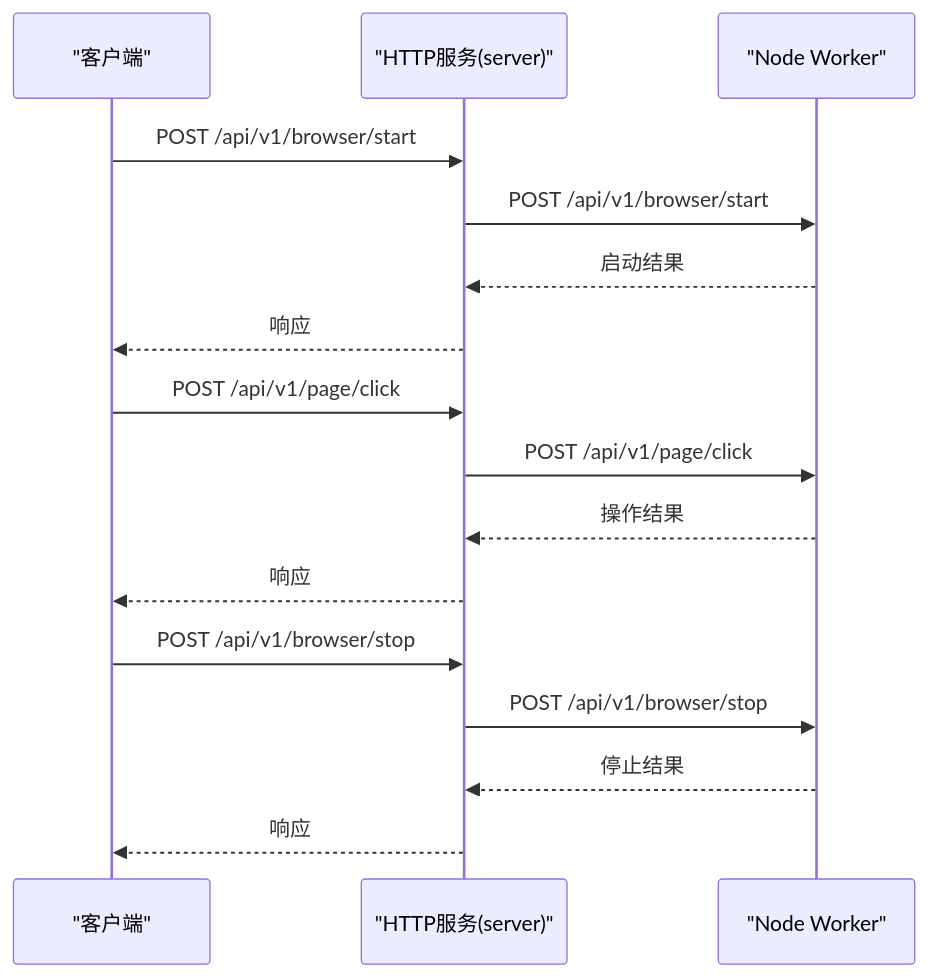
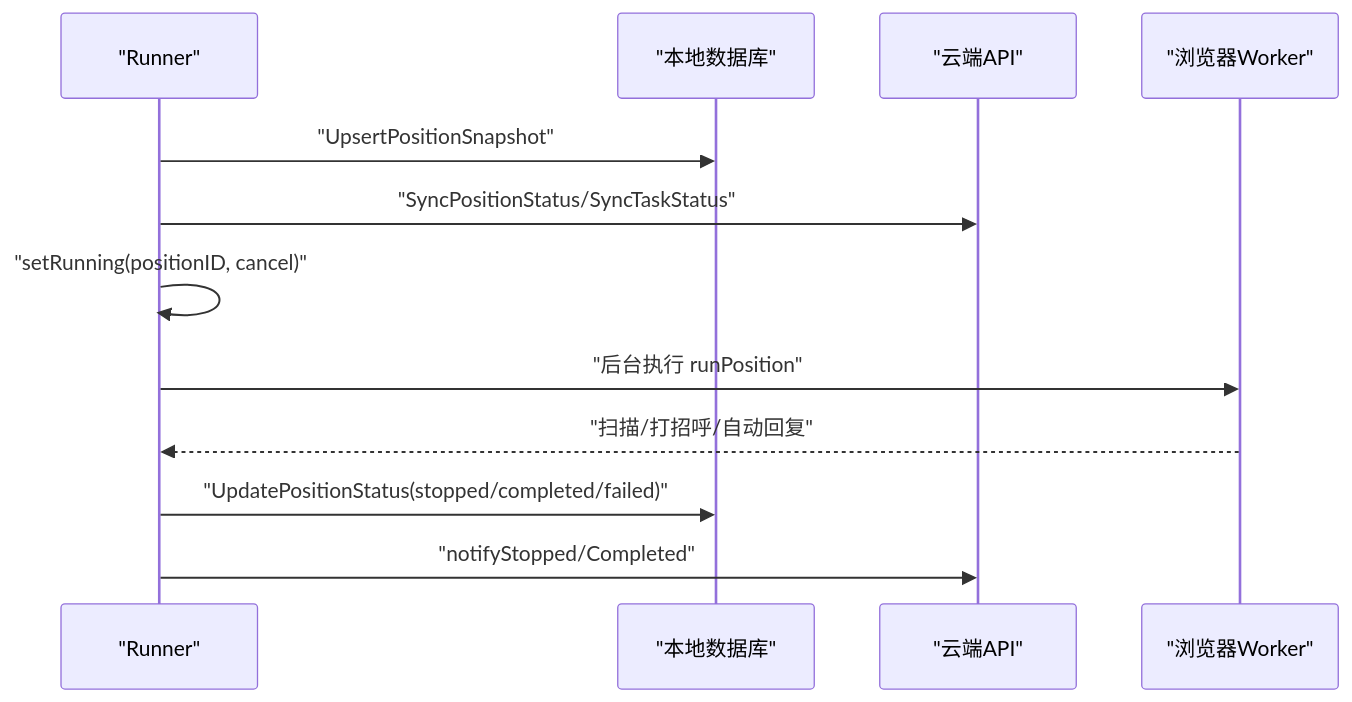
One commit to alvinwangzi/goodhr changed the sixth of 8 diagrams in .qoder/repowiki/zh/content/本地执行器/核心架构/进程控制.md. Above: the diagram before and after it, drawn with Mermaid. The commit also changed other lines of this file and 149 other files, not shown here.

````diff
--- a/.qoder/repowiki/zh/content/本地执行器/核心架构/进程控制.md
+++ b/.qoder/repowiki/zh/content/本地执行器/核心架构/进程控制.md
@@ -240,18 +240,14 @@
 ```mermaid
 sequenceDiagram
-participant Client as "客户端"
-participant Server as "HTTP服务(server)"
-participant Worker as "Node Worker"
-Client->>Server : POST /api/v1/browser/start
-Server->>Worker : POST /api/v1/browser/start
-Worker-->>Server : 启动结果
-Server-->>Client : 响应
-Client->>Server : POST /api/v1/page/click
-Server->>Worker : POST /api/v1/page/click
-Worker-->>Server : 操作结果
-Server-->>Client : 响应
-Client->>Server : POST /api/v1/browser/stop
-Server->>Worker : POST /api/v1/browser/stop
-Worker-->>Server : 停止结果
-Server-->>Client : 响应
+participant Runner as "Runner"
+participant DB as "本地数据库"
+participant Cloud as "云端API"
+participant Browser as "浏览器Worker"
+Runner->>DB : "UpsertPositionSnapshot"
+Runner->>Cloud : "SyncPositionStatus/SyncTaskStatus"
+Runner->>Runner : "setRunning(positionID, cancel)"
+Runner->>Browser : "后台执行 runPosition"
+Browser-->>Runner : "扫描/打招呼/自动回复"
+Runner->>DB : "UpdatePositionStatus(stopped/completed/failed)"
+Runner->>Cloud : "notifyStopped/Completed"
 ```
````
